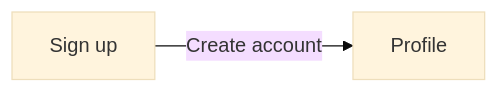
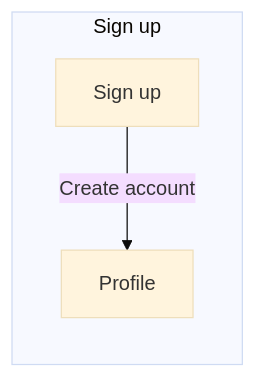
Before and after one commit to leanxt-team/weshcraft: the diagram in examples/account/specs/front/flows.md, drawn with Mermaid (base theme). The commit also changed other lines of this file and 56 other files, not shown here.

````diff
--- a/examples/account/specs/front/flows.md
+++ b/examples/account/specs/front/flows.md
@@ -3,6 +3,8 @@
 ```mermaid
 flowchart LR
-  scr_sign_up["Sign up"]
-  scr_profile["Profile"]
+  subgraph fn_sign_up["Sign up"]
+    scr_sign_up["Sign up"]
+    scr_profile["Profile"]
+  end
   scr_sign_up -- "Create account" --> scr_profile
 ```
````
